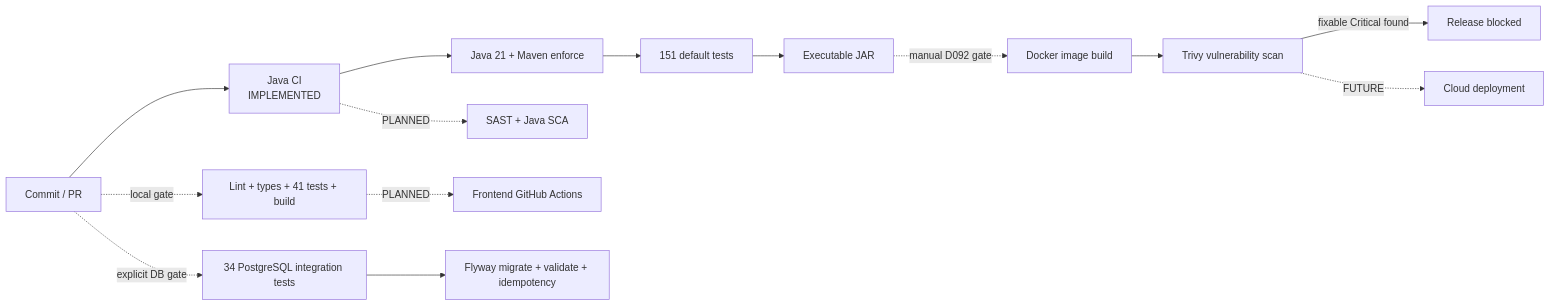
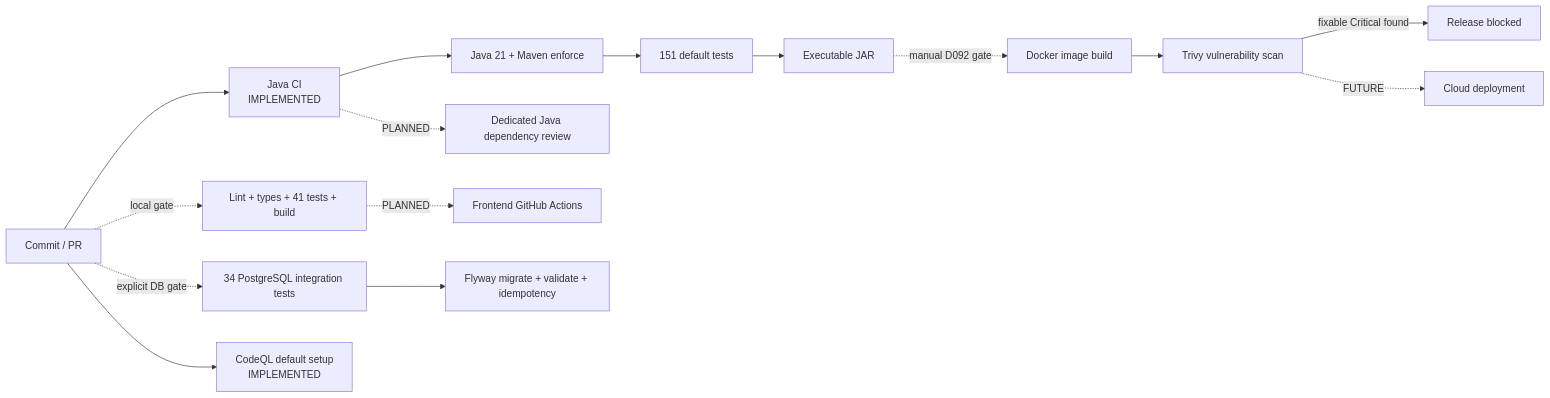
One commit to Dmillan-dev/ImperatorProyect changed the fourth of 5 diagrams in docs/portfolio/technical-evidence.md. Above: the diagram before and after it, drawn with Mermaid. The commit also changed other lines of this file and 25 other files, not shown here.

````diff
--- a/docs/portfolio/technical-evidence.md
+++ b/docs/portfolio/technical-evidence.md
@@ -124,16 +124,17 @@
 ```mermaid
 flowchart LR
     Commit[Commit / PR] --> JavaCI[Java CI<br/>IMPLEMENTED]
     JavaCI --> Compile[Java 21 + Maven enforce]
     Compile --> BackendTests[151 default tests]
     BackendTests --> Jar[Executable JAR]
     Commit -. local gate .-> Frontend[Lint + types + 41 tests + build]
     Commit -. explicit DB gate .-> PGTests[34 PostgreSQL integration tests]
     PGTests --> Flyway[Flyway migrate + validate + idempotency]
     Jar -. manual D092 gate .-> Images[Docker image build]
     Images --> Trivy[Trivy vulnerability scan]
     Trivy -->|fixable Critical found| Block[Release blocked]
     Frontend -. PLANNED .-> FrontendCI[Frontend GitHub Actions]
-    JavaCI -. PLANNED .-> SAST[SAST + Java SCA]
+    Commit --> SAST[CodeQL default setup<br/>IMPLEMENTED]
+    JavaCI -. PLANNED .-> JavaSCA[Dedicated Java dependency review]
     Trivy -. FUTURE .-> Deploy[Cloud deployment]
 ```
````
